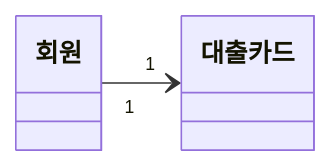
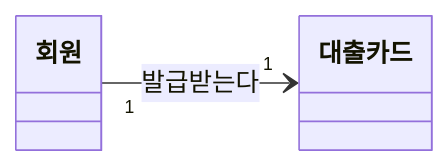
One commit to Dori-Develop/EIPStudy changed the seventh of 30 diagrams in content/ch01.md. Above: the diagram before and after it, drawn with Mermaid. The commit also changed other lines of this file and 25 other files, not shown here.

````diff
--- a/content/ch01.md
+++ b/content/ch01.md
@@ -537,5 +537,5 @@
 ```mermaid
 classDiagram
     direction LR
-    회원 "1" --> "1" 대출카드
+    회원 "1" --> "1" 대출카드 : 발급받는다
 ```
````
